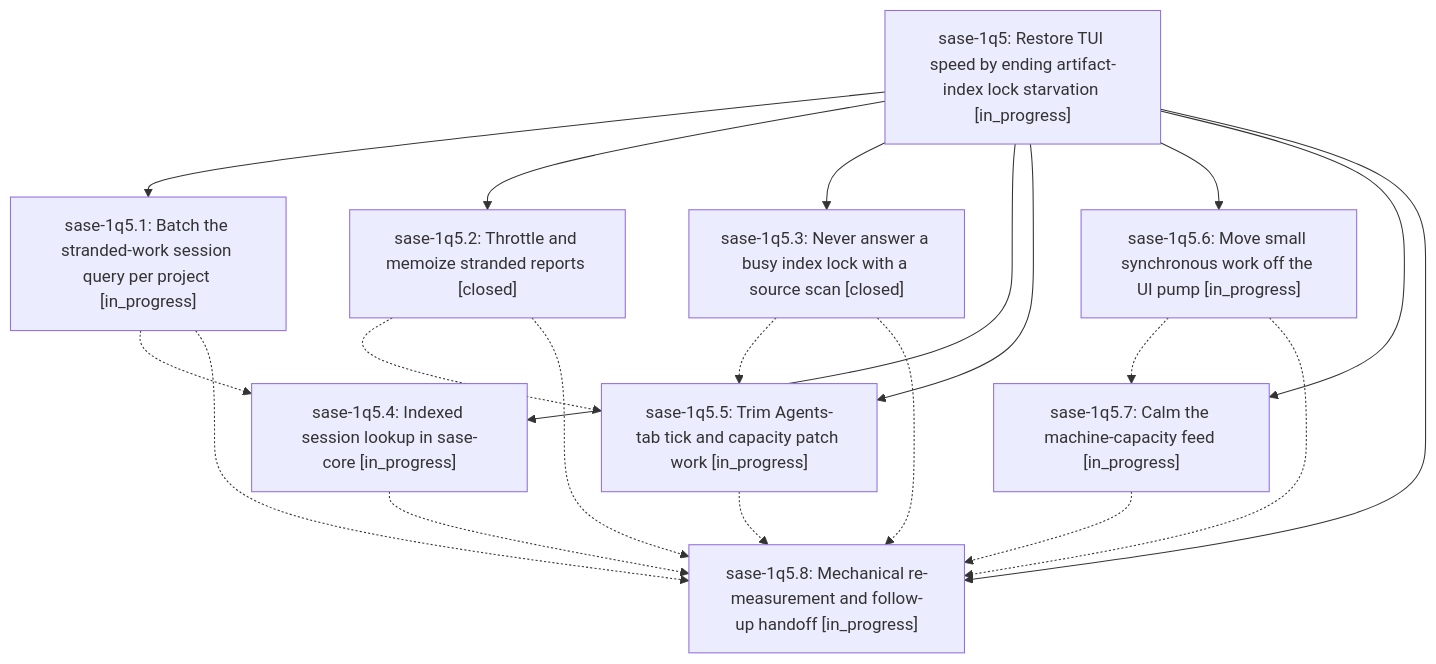
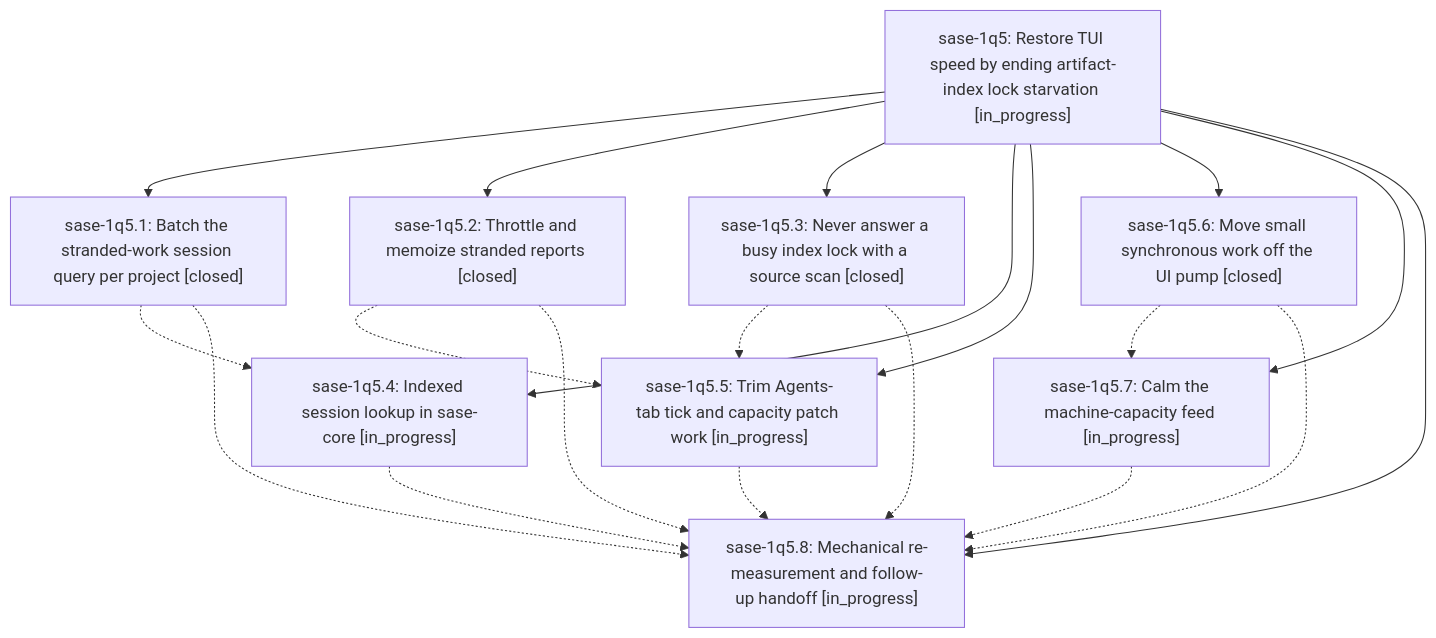
One commit to sase-org/sase--beads changed the diagram in pages/sase-1q5/README.md. Above: the diagram before and after it, drawn with Mermaid. The commit also changed other lines of this file and 7 other files, not shown here.

````diff
--- a/pages/sase-1q5/README.md
+++ b/pages/sase-1q5/README.md
@@ -29,31 +29,31 @@
 ```mermaid
 flowchart TD
     n0["sase-1q5: Restore TUI speed by ending artifact-index lock starvation [in_progress]"]
-    n1["sase-1q5.1: Batch the stranded-work session query per project [in_progress]"]
+    n1["sase-1q5.1: Batch the stranded-work session query per project [closed]"]
     n2["sase-1q5.2: Throttle and memoize stranded reports [closed]"]
     n3["sase-1q5.3: Never answer a busy index lock with a source scan [closed]"]
     n4["sase-1q5.4: Indexed session lookup in sase-core [in_progress]"]
     n5["sase-1q5.5: Trim Agents-tab tick and capacity patch work [in_progress]"]
-    n6["sase-1q5.6: Move small synchronous work off the UI pump [in_progress]"]
+    n6["sase-1q5.6: Move small synchronous work off the UI pump [closed]"]
     n7["sase-1q5.7: Calm the machine-capacity feed [in_progress]"]
     n8["sase-1q5.8: Mechanical re-measurement and follow-up handoff [in_progress]"]
     n0 --> n1
     n0 --> n2
     n0 --> n3
     n0 --> n4
     n0 --> n5
     n0 --> n6
     n0 --> n7
     n0 --> n8
     n1 -.-> n4
     n1 -.-> n8
     n2 -.-> n5
     n2 -.-> n8
     n3 -.-> n5
     n3 -.-> n8
     n4 -.-> n8
     n5 -.-> n8
     n6 -.-> n7
     n6 -.-> n8
     n7 -.-> n8
 ```
````
